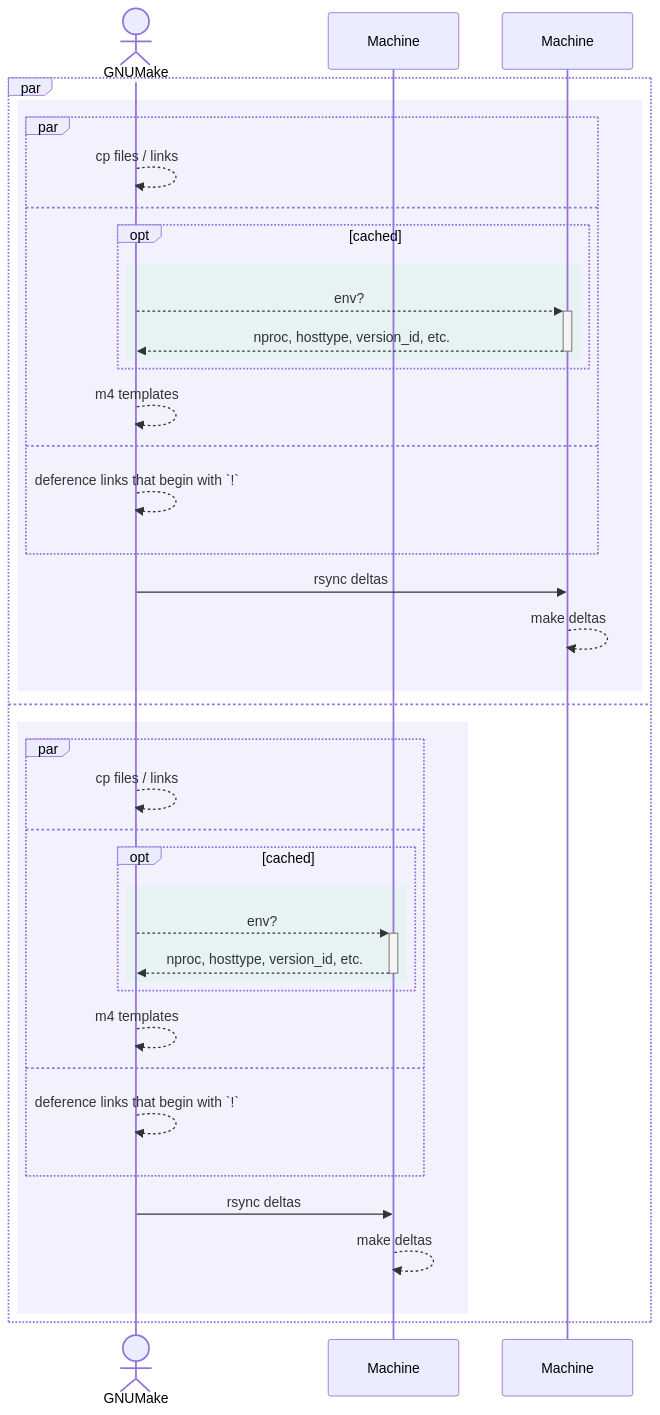
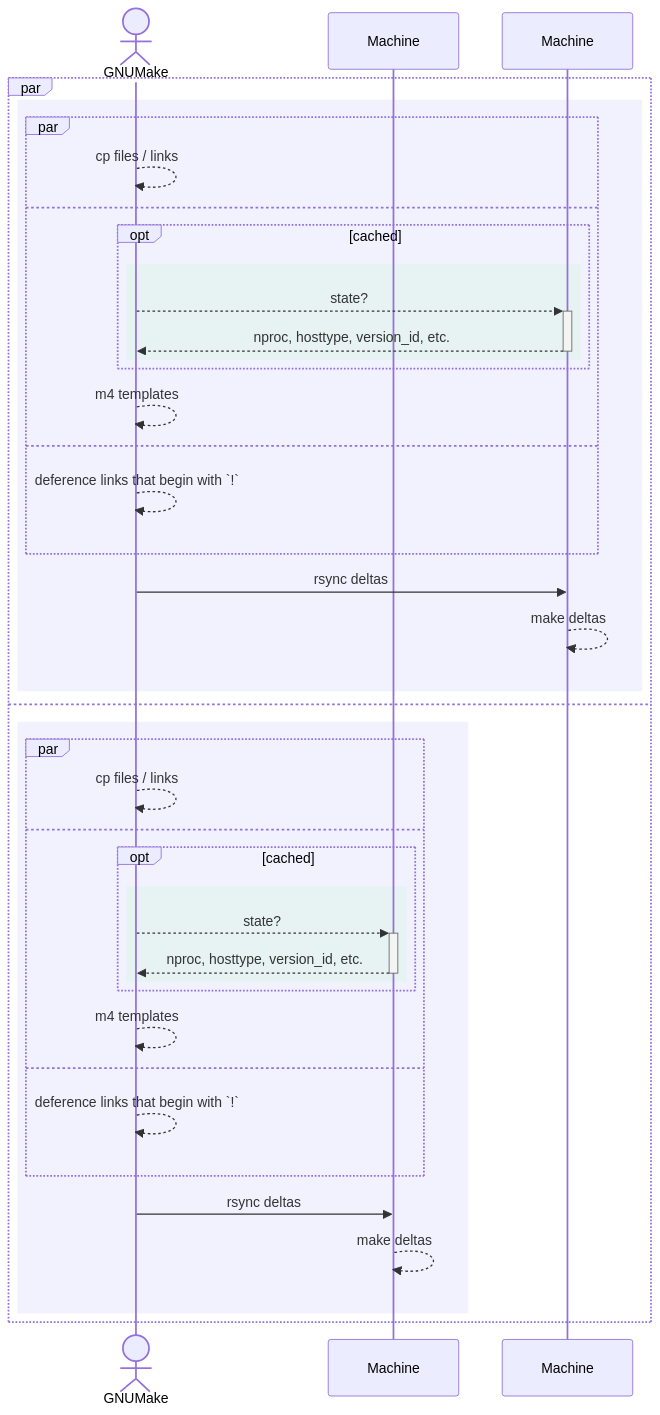
Before and after one commit to ms-jpq/lab: the second of 9 diagrams in doc/README.md, drawn with Mermaid. The commit also changed other lines of this file and 3 other files, not shown here.

````diff
--- a/doc/README.md
+++ b/doc/README.md
@@ -351,44 +357,44 @@
 ```mermaid
 sequenceDiagram
   actor make as GNUMake
   participant machine1 as Machine
   participant machine2 as Machine
 
   par
     rect rgba(0, 0, 255, 0.05)
       par
         make-->>make : cp files / links
       and
         opt cached
           rect rgba(0, 255, 0, 0.05)
-            make-->>+machine2 : env?
+            make-->>+machine2 : state?
             machine2-->>-make : nproc, hosttype, version_id, etc.
           end
         end
         make-->>make : m4 templates
       and
         make-->>make : deference links that begin with `!`
       end
       make->>machine2 : rsync deltas
       machine2-->>machine2 : make deltas
     end
   and
     rect rgba(0, 0, 255, 0.05)
       par
         make-->>make : cp files / links
       and
         opt cached
           rect rgba(0, 255, 0, 0.05)
-            make-->>+machine1 : env?
+            make-->>+machine1 : state?
             machine1-->>-make : nproc, hosttype, version_id, etc.
           end
         end
         make-->>make : m4 templates
       and
         make-->>make : deference links that begin with `!`
       end
       make->>machine1 : rsync deltas
       machine1-->>machine1 : make deltas
     end
   end
 ```
````
